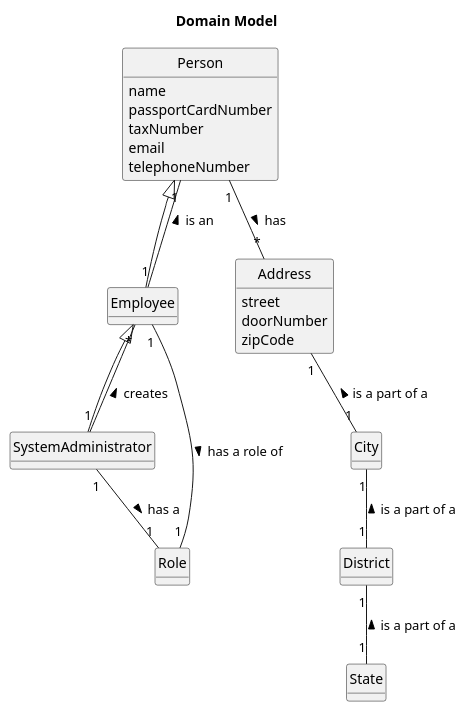
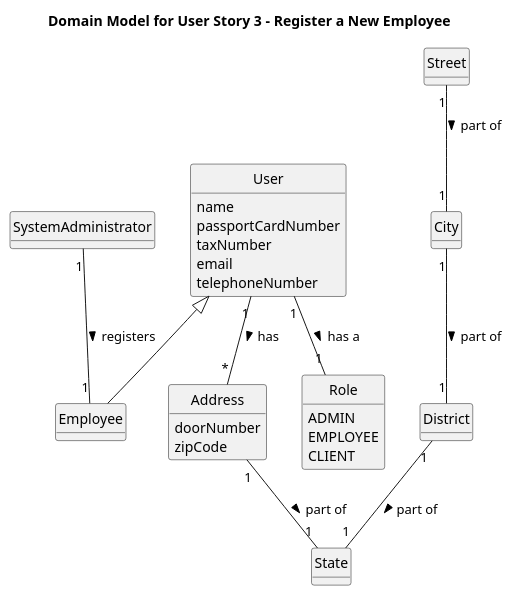
The diagram in docs/sprintB/us003/02.analysis/puml/us003-domain-model.puml (Goncalves2525/real-estate-management-system), drawn with PlantUML before and after one commit. The commit also changed 32 other files, not shown here.

```diff
--- a/docs/sprintB/us003/02.analysis/puml/us003-domain-model.puml
+++ b/docs/sprintB/us003/02.analysis/puml/us003-domain-model.puml
@@ -1,59 +1,63 @@
 @startuml
 skinparam monochrome true
 skinparam packageStyle rectangle
 skinparam shadowing false
 skinparam classAttributeIconSize 0
 hide circle
 hide methods
 
 'left to right direction
 
 skinparam classAttributeIconSize 0
 
 hide circle
 hide methods
 
-title Domain Model
+title Domain Model for User Story 3 - Register a New Employee
 
-class Person {
+class SystemAdministrator {
+}
+
+class User {
     name
     passportCardNumber
     taxNumber
     email
     telephoneNumber
 }
 
-class Employee extends Person {
-}
-
-class SystemAdministrator extends Employee {
-}
-
-class Role {
+class Employee extends User {
 }
 
 class Address {
-    street
     doorNumber
     zipCode
+}
+
+class Street {
 }
 
 class City {
 }
 
 class District {
 }
 
 class State {
 }
 
-SystemAdministrator "1" -- "*" Employee: creates >
-Employee "1" -- "1" Person: is an >
-Employee "1" -- "1" Role: has a role of >
-SystemAdministrator "1" -- "1" Role: has a >
-Person "1" -- "*" Address: has >
-Address "1" -- "1" City : is a part of a <
-City "1" -- "1" District : is a part of a <
-District "1" -- "1" State : is a part of a <
+class Role {
+    ADMIN
+    EMPLOYEE
+    CLIENT
+}
+
+SystemAdministrator "1" -- "1" Employee: registers >
+User "1" -- "*" Address: has >
+User "1" -- "1" Role: has a >
+Address "1" -- "1" State: part of >
+Street "1" -- "1" City: part of >
+City "1" -- "1" District: part of >
+District "1" -- "1" State: part of >
 
 @enduml
```
